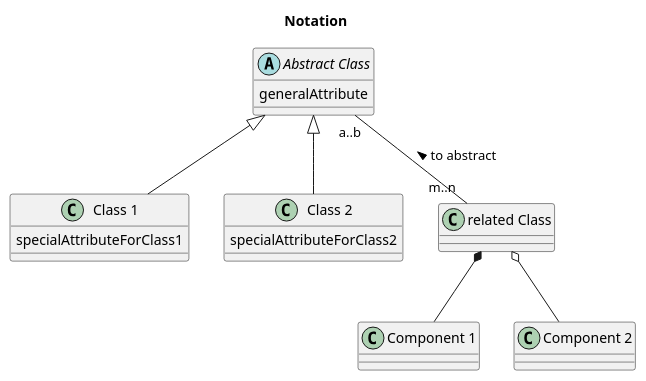
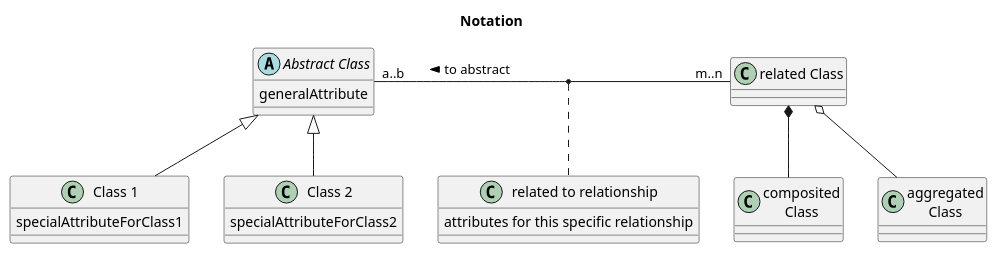
The diagram in input/images-source/notation.plantuml (frankoemig/bloodpressure), drawn with PlantUML before and after one commit. The commit also changed 12 other files, not shown here.

```diff
--- a/input/images-source/notation.plantuml
+++ b/input/images-source/notation.plantuml
@@ -1,28 +1,34 @@
 @startuml
 
 Title "Notation"
 
 abstract class "Abstract Class" as abs {
     generalAttribute
 }
 class "Class 1" as c1 {
     specialAttributeForClass1
 }
 class "Class 2" as c2 {
     specialAttributeForClass2
 }
  
 class "related Class" as rel
 
-class "Component 1" as comp1
-class "Component 2" as comp2
+class "composited\nClass" as comp1
+class "aggregated\nClass" as comp2
+
+class "related to relationship" as relcls {
+    attributes for this specific relationship
+}
 
 abs <|-- c1
 abs <|-- c2
 
-abs "a..b" -- "m..n" rel : < to abstract
+abs "a..b" -right- "m..n" rel : < to abstract
 
 rel *-- comp1
 rel o-- comp2
 
+(abs,rel) .. relcls
+
 @enduml
```
